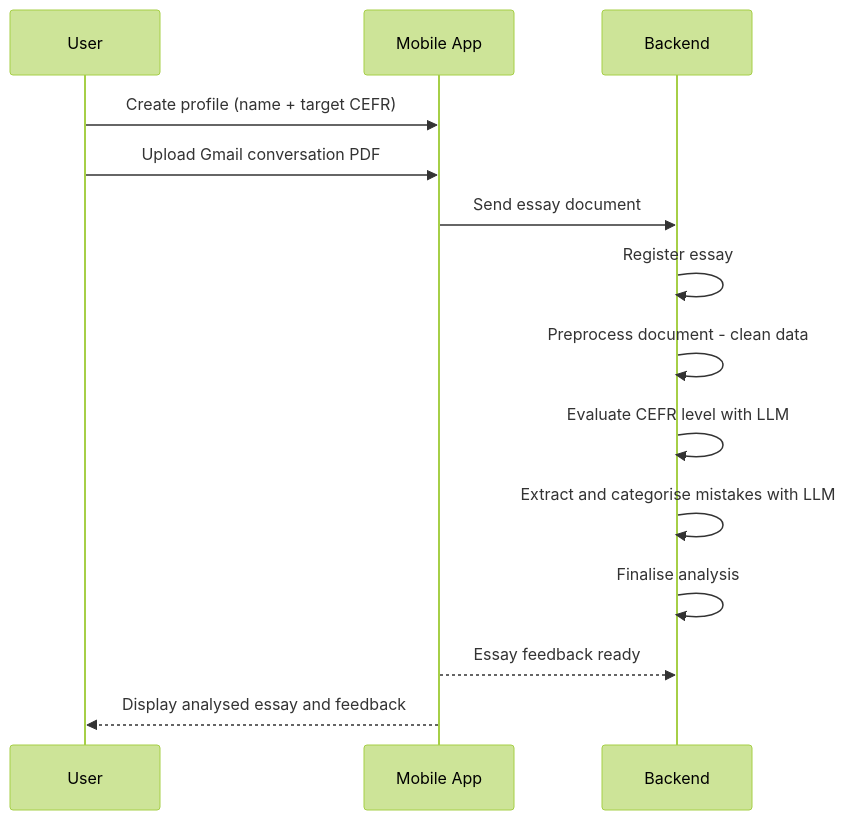
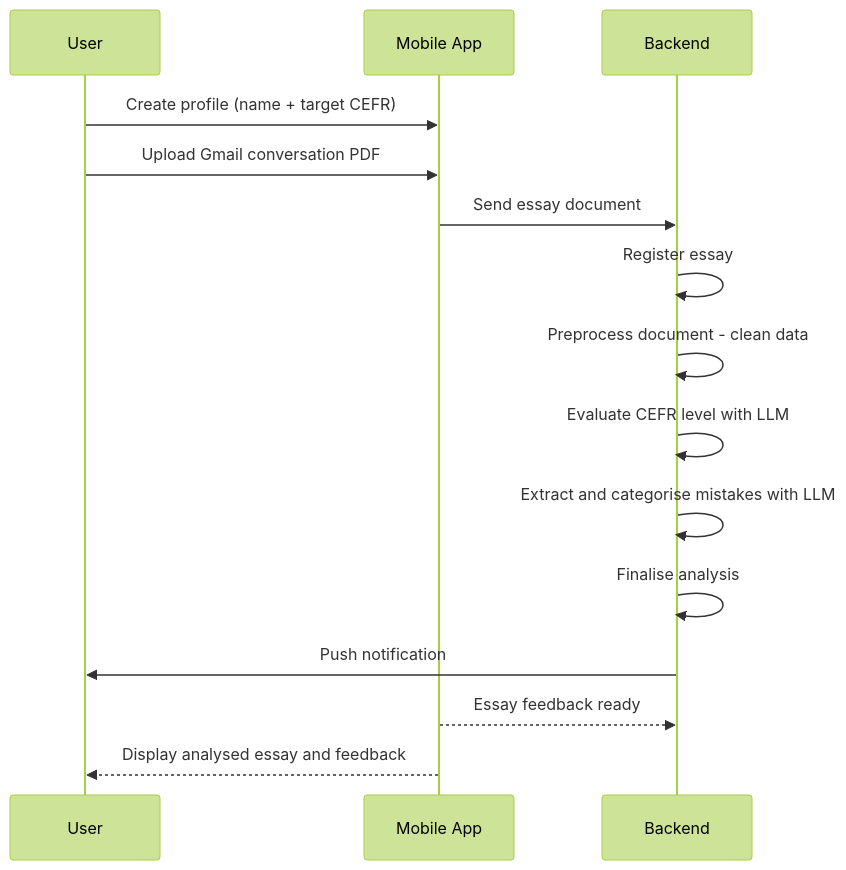
The diagram in README.md (MlaSub/pismo), drawn with Mermaid (forest theme) before and after one commit. The commit also changed other lines of this file and 1 other file, not shown here.

````diff
--- a/README.md
+++ b/README.md
@@ -42,19 +51,20 @@
 ```mermaid
 sequenceDiagram
     participant U as User
     participant M as Mobile App
     participant B as Backend
 
     U->>M: Create profile (name + target CEFR)
     U->>M: Upload Gmail conversation PDF
     M->>B: Send essay document
 
     B->>B: Register essay
     B->>B: Preprocess document - clean data
     B->>B: Evaluate CEFR level with LLM
     B->>B: Extract and categorise mistakes with LLM
     B->>B: Finalise analysis
+    B->>U: Push notification
 
     M-->>B: Essay feedback ready
     M-->>U: Display analysed essay and feedback
 ```
````
